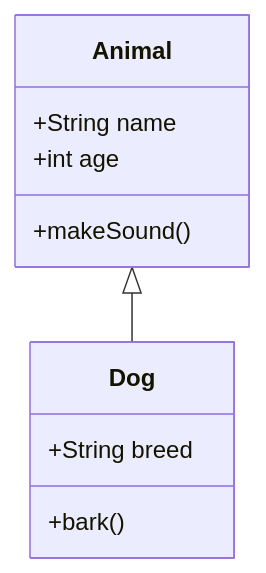
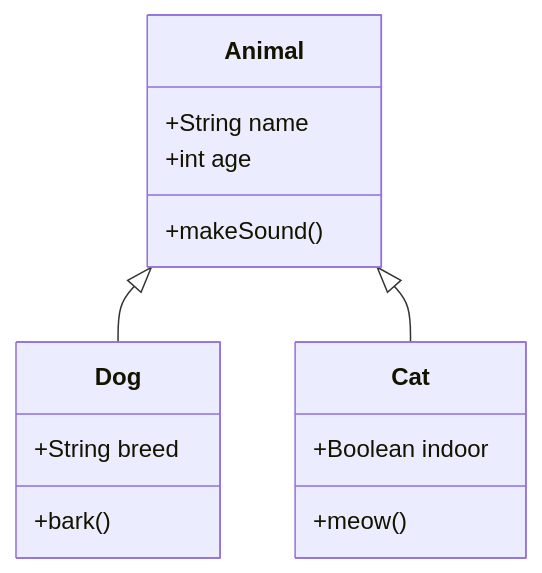
One commit to actionanand/office-pulse changed the third of 10 diagrams in public/markdown-instructions.md. Above: the diagram before and after it, drawn with Mermaid. The commit also changed other lines of this file and 7 other files, not shown here.

````diff
--- a/public/markdown-instructions.md
+++ b/public/markdown-instructions.md
@@ -171,13 +447,18 @@
 ```mermaid
 classDiagram
     class Animal {
         +String name
         +int age
         +makeSound()
     }
     class Dog {
         +String breed
         +bark()
     }
+    class Cat {
+        +Boolean indoor
+        +meow()
+    }
     Animal <|-- Dog
+    Animal <|-- Cat
 ```
````
